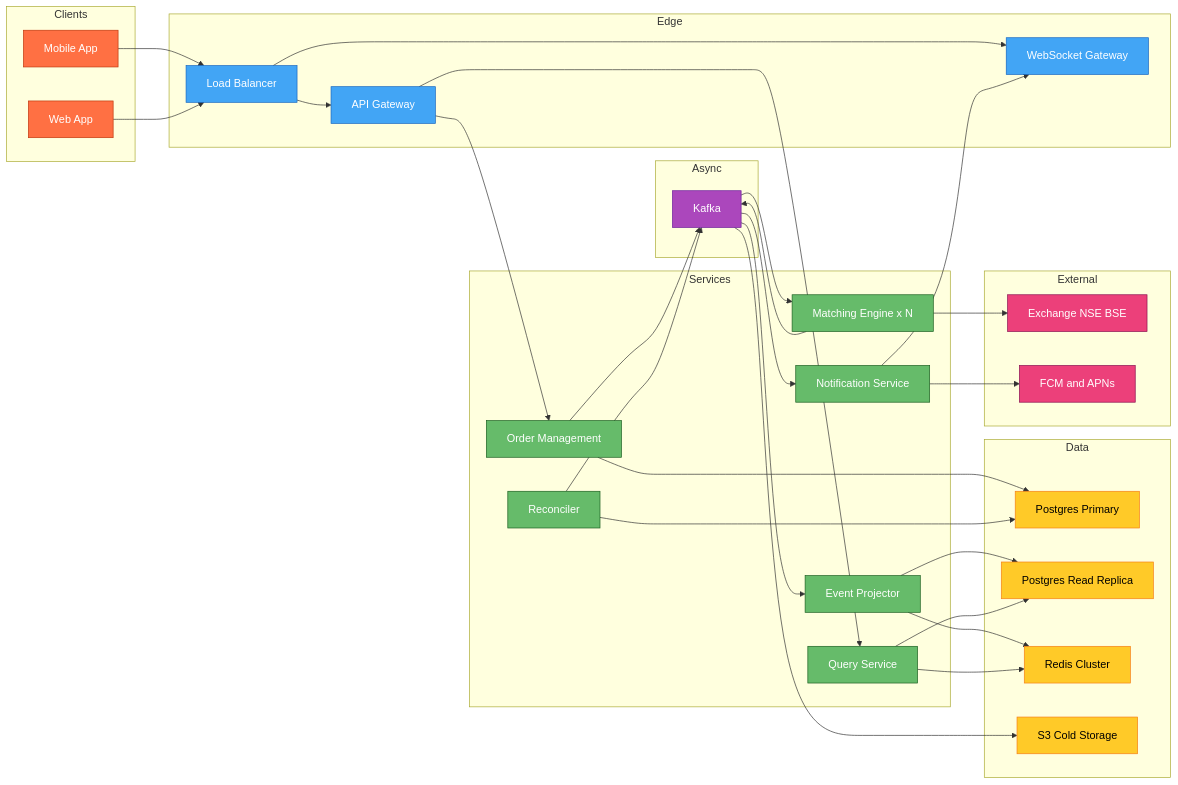
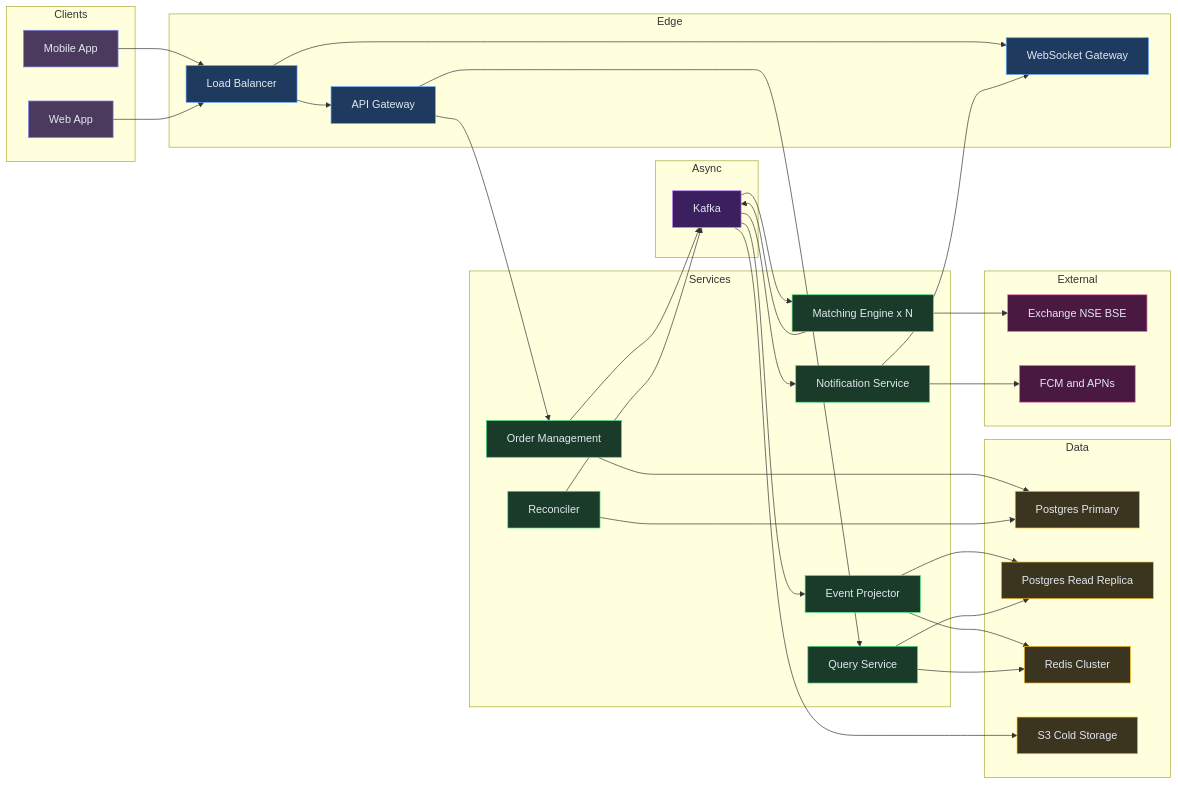
The ninth of 9 diagrams in content/hld/StockBroker.md (iluzn/HLD-Designs), drawn with Mermaid before and after one commit. The commit also changed other lines of this file and 11 other files, not shown here.

Commit message:
Fix: softer mermaid colors, theme toggle always visible on mobile, consistent across all pages

````diff
--- a/content/hld/StockBroker.md
+++ b/content/hld/StockBroker.md
@@ -523,68 +523,68 @@
 ```mermaid
 flowchart LR
     subgraph Clients
         MOB["Mobile App"]:::client
         WEB["Web App"]:::client
     end
 
     subgraph Edge
         LB["Load Balancer"]:::edge
         GW["API Gateway"]:::edge
         WSG["WebSocket Gateway"]:::edge
     end
 
     subgraph Services
         OMS["Order Management"]:::service
         ME["Matching Engine x N"]:::service
         QS["Query Service"]:::service
         NS["Notification Service"]:::service
         REC["Reconciler"]:::service
         PROJ["Event Projector"]:::service
     end
 
     subgraph Async
         KF["Kafka"]:::async
     end
 
     subgraph Data
         PG["Postgres Primary"]:::data
         PGR["Postgres Read Replica"]:::data
         RD["Redis Cluster"]:::data
         S3["S3 Cold Storage"]:::data
     end
 
     subgraph External
         EX["Exchange NSE BSE"]:::external
         FCM["FCM and APNs"]:::external
     end
 
     MOB --> LB
     WEB --> LB
     LB --> GW
     LB --> WSG
     GW --> OMS
     GW --> QS
     OMS --> PG
     OMS --> KF
     KF --> ME
     ME --> KF
     ME --> EX
     KF --> NS
     KF --> PROJ
     PROJ --> PGR
     PROJ --> RD
     QS --> RD
     QS --> PGR
     NS --> FCM
     NS --> WSG
     REC --> PG
     REC --> KF
     KF --> S3
 
-    classDef client fill:#FF7043,stroke:#BF360C,color:#fff
-    classDef edge fill:#42A5F5,stroke:#1565C0,color:#fff
-    classDef service fill:#66BB6A,stroke:#1B5E20,color:#fff
-    classDef async fill:#AB47BC,stroke:#6A1B9A,color:#fff
-    classDef data fill:#FFCA28,stroke:#F57F17,color:#000
-    classDef external fill:#EC407A,stroke:#880E4F,color:#fff
+    classDef client fill:#4c3a5e,stroke:#818cf8,color:#e2e8f0
+    classDef edge fill:#1e3a5f,stroke:#60a5fa,color:#e2e8f0
+    classDef service fill:#1a3a2a,stroke:#4ade80,color:#e2e8f0
+    classDef async fill:#3b1f5e,stroke:#c084fc,color:#e2e8f0
+    classDef data fill:#3b3520,stroke:#fbbf24,color:#e2e8f0
+    classDef external fill:#4a1942,stroke:#f472b6,color:#e2e8f0
 ```
````
